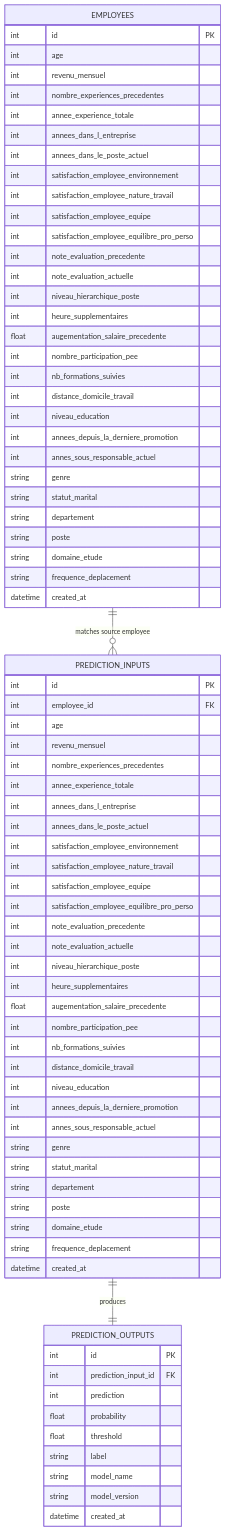
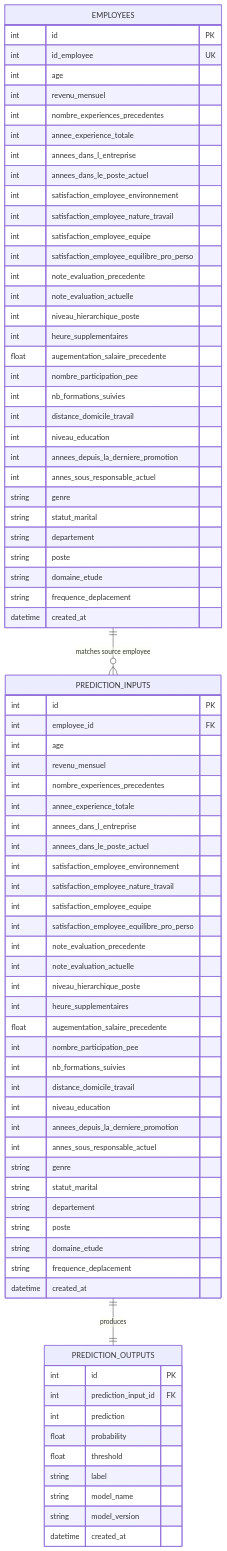
One commit to maximebarbier01/futurisys-ml-api changed the diagram in docs/database_schema.md. Above: the diagram before and after it, drawn with Mermaid. The commit also changed other lines of this file and 14 other files, not shown here.

```diff
--- a/docs/database_schema.md
+++ b/docs/database_schema.md
@@ -18,6 +18,7 @@
 
     EMPLOYEES {
         int id PK
+        int id_employee UK
         int age
         int revenu_mensuel
         int nombre_experiences_precedentes
```
